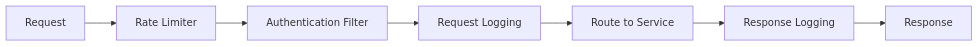
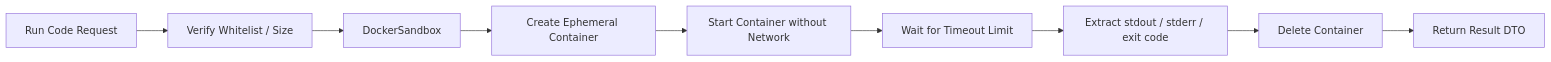
One commit to 123suraj-sky/DevOps-Suite changed the second of 3 diagrams in docs/05-lld-detailed-design.md. Above: the diagram before and after it, drawn with Mermaid. The commit also changed other lines of this file and 116 other files, not shown here.

First line of the commit message:
refactor: convert microservices to monolithic architecture

````diff
--- a/docs/05-lld-detailed-design.md
+++ b/docs/05-lld-detailed-design.md
@@ -441,9 +62,11 @@
 ```mermaid
 flowchart LR
-    A[Request] --> B[Rate Limiter]
-    B --> C[Authentication Filter]
-    C --> D[Request Logging]
-    D --> E[Route to Service]
-    E --> F[Response Logging]
-    F --> G[Response]
+    Request[Run Code Request] --> Validation[Verify Whitelist / Size]
+    Validation --> Sandbox[DockerSandbox]
+    Sandbox --> Create[Create Ephemeral Container]
+    Create --> Start[Start Container without Network]
+    Start --> Wait[Wait for Timeout Limit]
+    Wait --> Extract[Extract stdout / stderr / exit code]
+    Extract --> Destroy[Delete Container]
+    Destroy --> Result[Return Result DTO]
 ```
````
